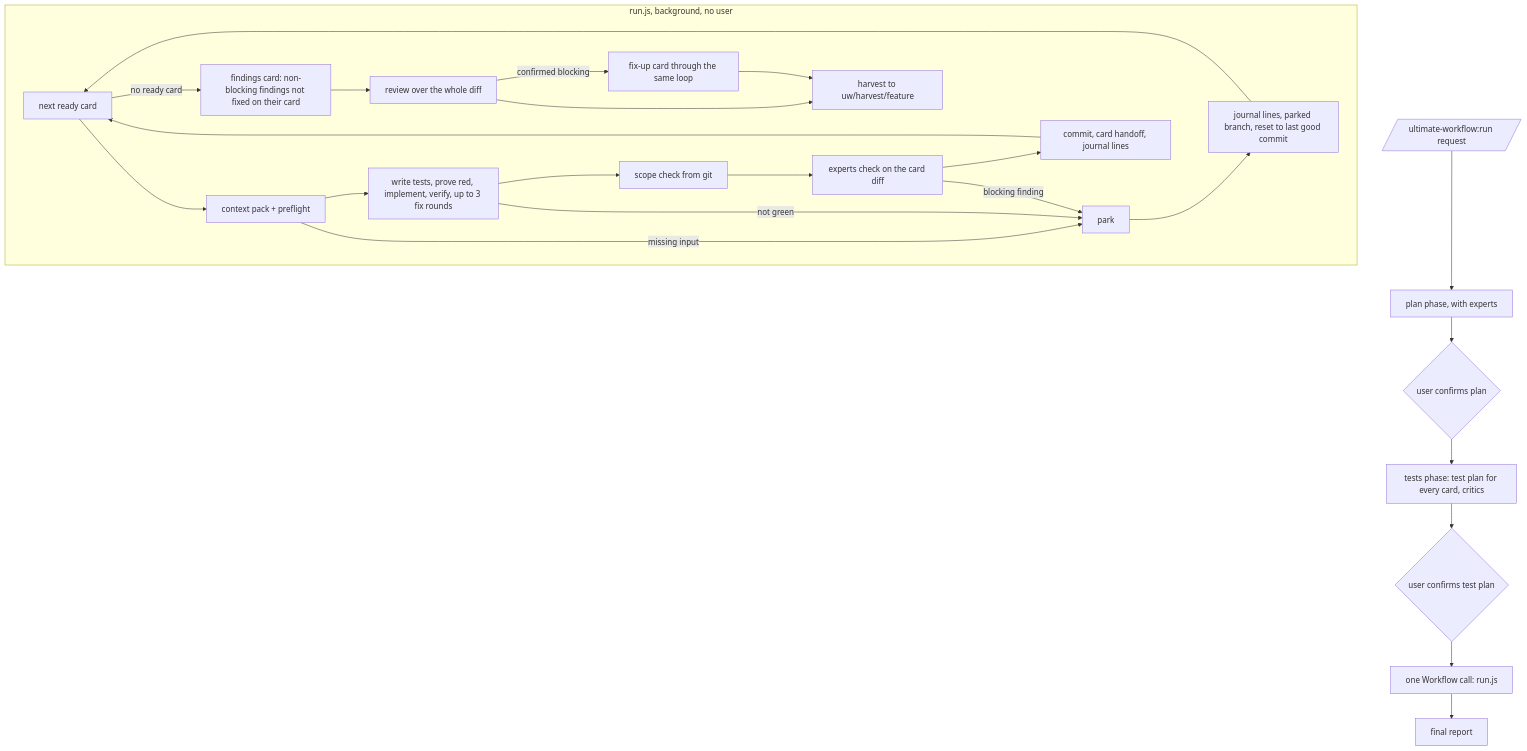
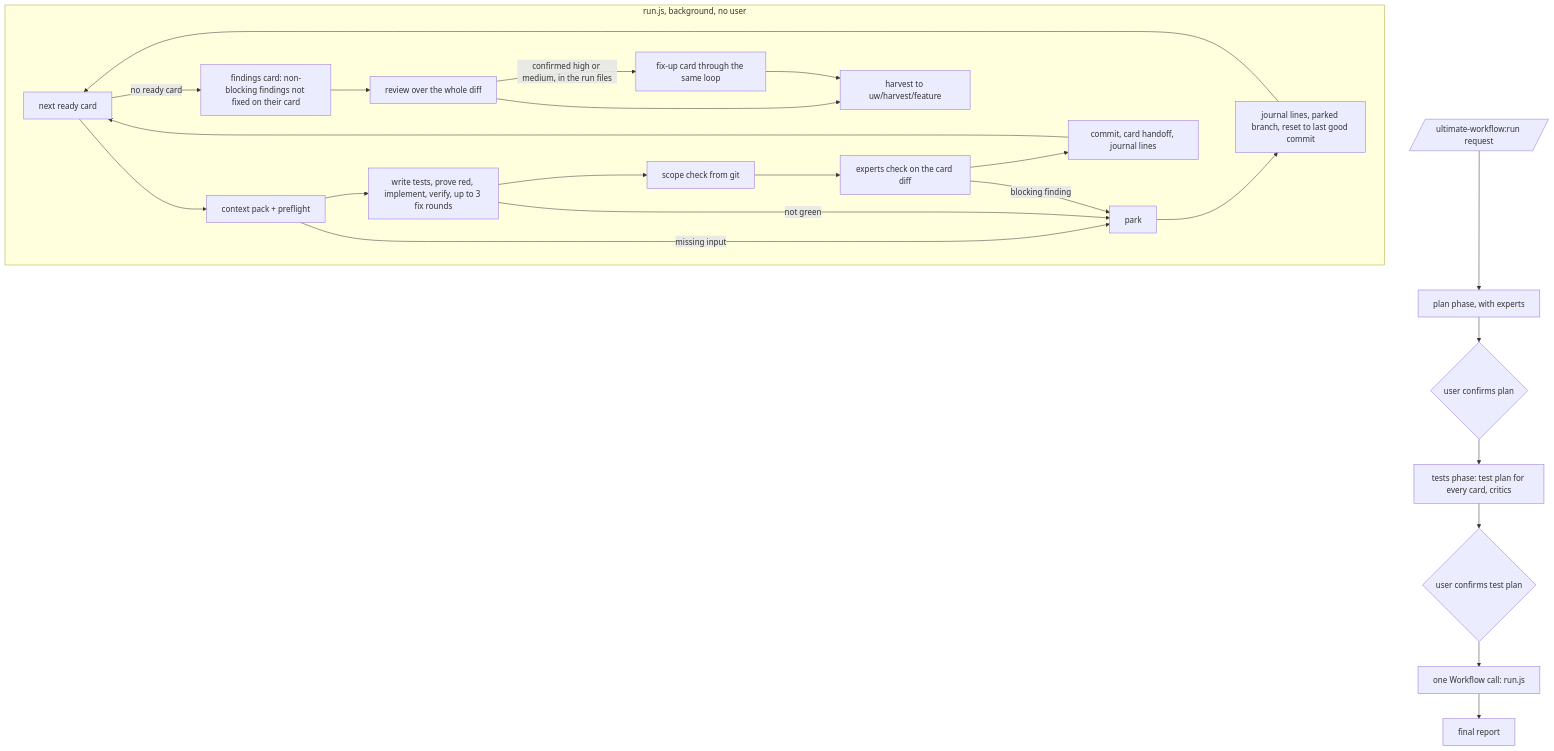
One commit to ValeroK/the-ultimate-workflow-guidelines changed the diagram in internal/plans/PLAN-autopilot.md. Above: the diagram before and after it, drawn with Mermaid. The commit also changed 4 other files, not shown here.

First line of the commit message:
feat(run): confirmed high and medium review findings in the run's files go to the fix-up card

````diff
--- a/internal/plans/PLAN-autopilot.md
+++ b/internal/plans/PLAN-autopilot.md
@@ -75,27 +75,27 @@
 ```mermaid
 flowchart TD
   A[/ultimate-workflow:run request/] --> P[plan phase, with experts]
   P --> C1{user confirms plan}
   C1 --> T[tests phase: test plan for every card, critics]
   T --> C2{user confirms test plan}
   C2 --> R[one Workflow call: run.js]
   subgraph R1[run.js, background, no user]
     L[next ready card] --> K[context pack + preflight]
     K -->|missing input| PK[park]
     K --> B[write tests, prove red, implement, verify, up to 3 fix rounds]
     B -->|not green| PK
     B --> S[scope check from git]
     S --> E[experts check on the card diff]
     E -->|blocking finding| PK
     E --> CM[commit, card handoff, journal lines]
     PK --> J[journal lines, parked branch, reset to last good commit]
     CM --> L
     J --> L
     L -->|no ready card| FC[findings card: non-blocking findings not fixed on their card]
     FC --> RV[review over the whole diff]
-    RV -->|confirmed blocking| FX[fix-up card through the same loop]
+    RV -->|confirmed high or medium, in the run files| FX[fix-up card through the same loop]
     RV --> H[harvest to uw/harvest/feature]
     FX --> H
   end
   R --> F[final report]
 ```
````
